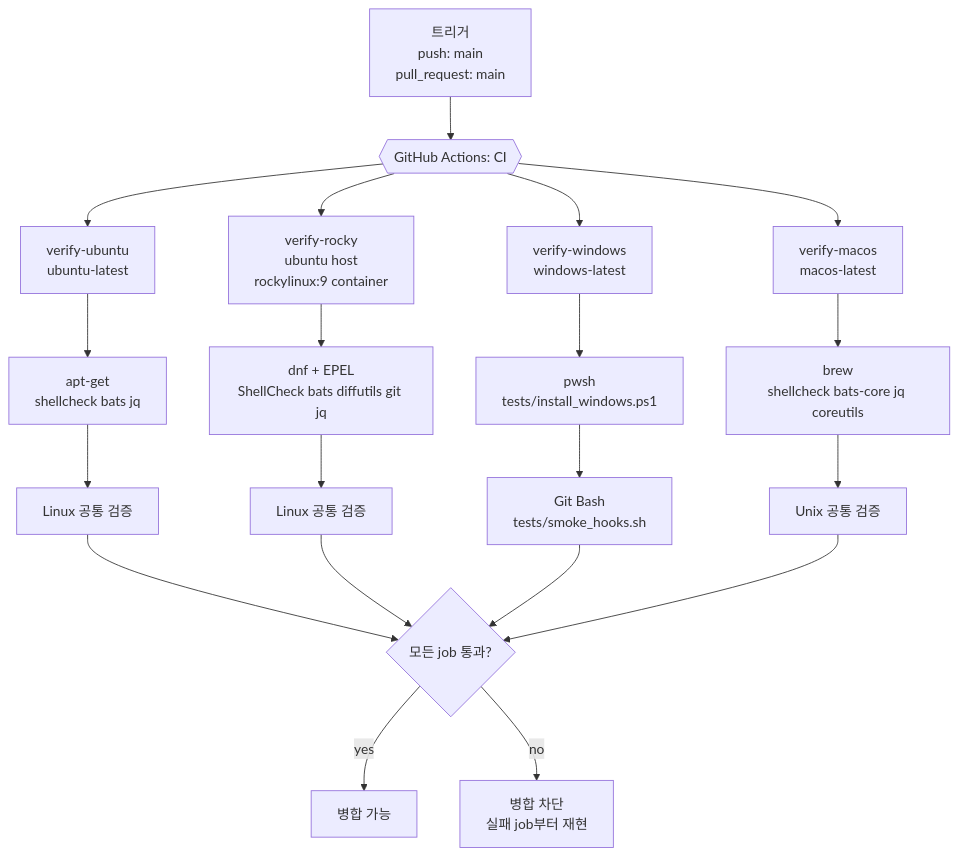
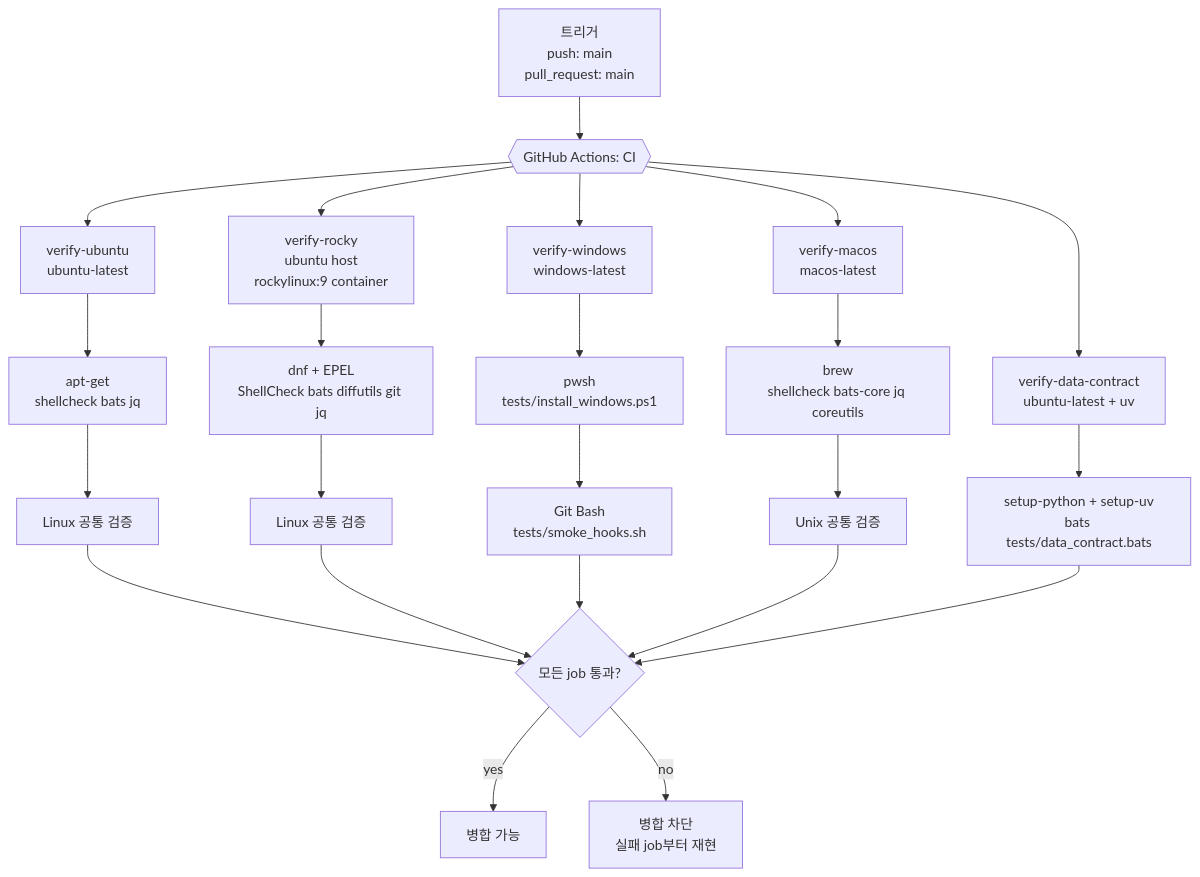
The first of 10 diagrams in docs/CI.md (jomarusoup/Arachne), drawn with Mermaid before and after one commit. The commit also changed other lines of this file and 34 other files, not shown here.

First line of the commit message:
feat: 데이터 핸들링 P1 — /database-review·DATA-HANDLING 정본·quality gate

````diff
--- a/docs/CI.md
+++ b/docs/CI.md
@@ -35,29 +35,33 @@
 ```mermaid
 flowchart TB
     TRIG["트리거<br/>push: main<br/>pull_request: main"] --> CI{{"GitHub Actions: CI"}}
 
     CI --> U["verify-ubuntu<br/>ubuntu-latest"]
     CI --> R["verify-rocky<br/>ubuntu host<br/>rockylinux:9 container"]
     CI --> W["verify-windows<br/>windows-latest"]
     CI --> M["verify-macos<br/>macos-latest"]
+    CI --> DC["verify-data-contract<br/>ubuntu-latest + uv"]
 
     U --> U1["apt-get<br/>shellcheck bats jq"]
     U1 --> COMMON_U["Linux 공통 검증"]
 
     R --> R1["dnf + EPEL<br/>ShellCheck bats diffutils git jq"]
     R1 --> COMMON_R["Linux 공통 검증"]
 
     W --> W1["pwsh<br/>tests/install_windows.ps1"]
     W1 --> W2["Git Bash<br/>tests/smoke_hooks.sh"]
 
     M --> M1["brew<br/>shellcheck bats-core jq coreutils"]
     M1 --> COMMON_M["Unix 공통 검증"]
 
+    DC --> DC1["setup-python + setup-uv<br/>bats tests/data_contract.bats"]
+
     COMMON_U --> GATE{"모든 job 통과?"}
     COMMON_R --> GATE
     W2 --> GATE
     COMMON_M --> GATE
+    DC1 --> GATE
 
     GATE -->|yes| OK["병합 가능"]
     GATE -->|no| BLOCK["병합 차단<br/>실패 job부터 재현"]
 ```
````
